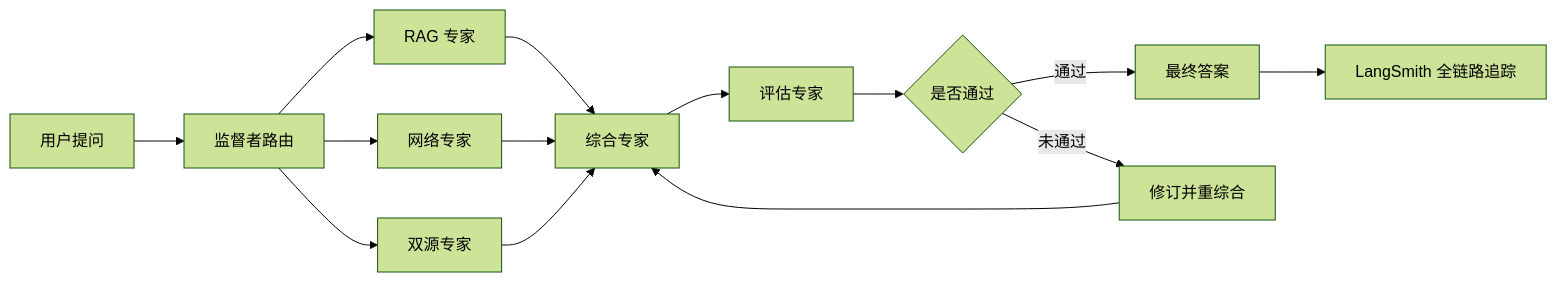
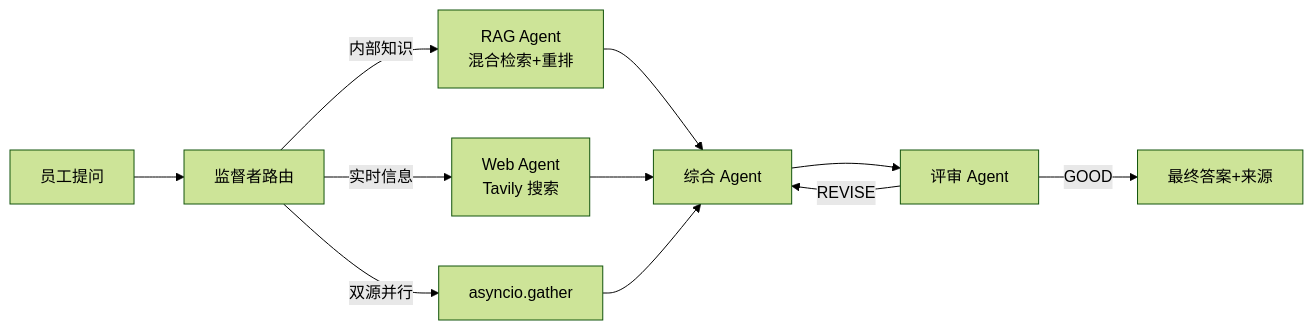
One commit to asfhkkkvh/agent changed the first of 16 diagrams in docs/omnirag_learning_doc.md. Above: the diagram before and after it, drawn with Mermaid (forest theme). The commit also changed other lines of this file and 23 other files, not shown here.

First line of the commit message:
feat: LLM 迁移智谱 GLM + 移除知识图谱 + RAGAS 改轻量评估

````diff
--- a/docs/omnirag_learning_doc.md
+++ b/docs/omnirag_learning_doc.md
@@ -57,16 +68,13 @@
 ```mermaid
 flowchart LR
-    A[用户提问] --> B[监督者路由]
-    B --> C[RAG 专家]
-    B --> D[网络专家]
-    B --> E[双源专家]
-    C --> F[综合专家]
-    D --> F
-    E --> F
-    F --> G[评估专家]
-    G --> H{是否通过}
-    H -->|通过| I[最终答案]
-    H -->|未通过| J[修订并重综合]
-    J --> F
-    I --> K[LangSmith 全链路追踪]
+    U[员工提问] --> S[监督者路由]
+    S -->|内部知识| R[RAG Agent<br/>混合检索+重排]
+    S -->|实时信息| W[Web Agent<br/>Tavily 搜索]
+    S -->|双源并行| P[asyncio.gather]
+    R --> SY[综合 Agent]
+    W --> SY
+    P --> SY
+    SY --> CR[评审 Agent]
+    CR -->|GOOD| F[最终答案+来源]
+    CR -->|REVISE| SY
 ```
````
